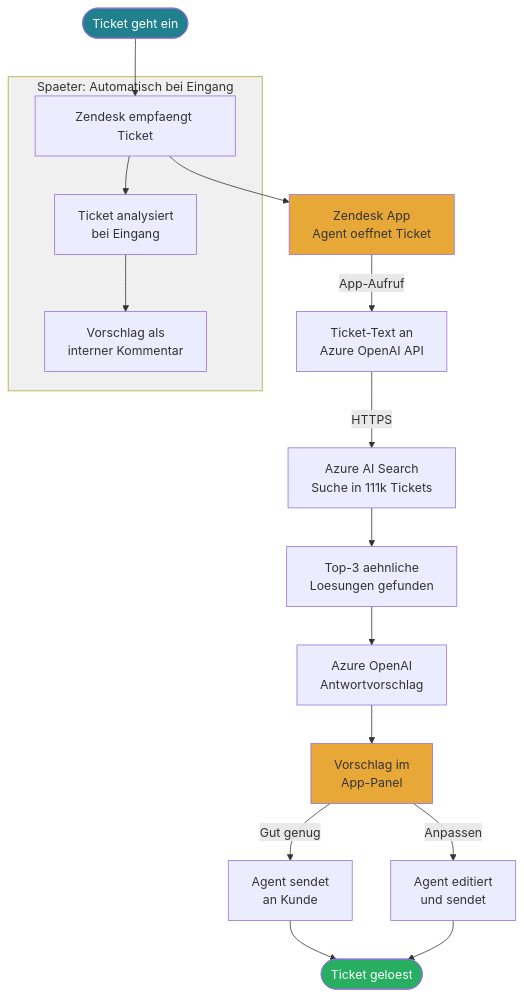
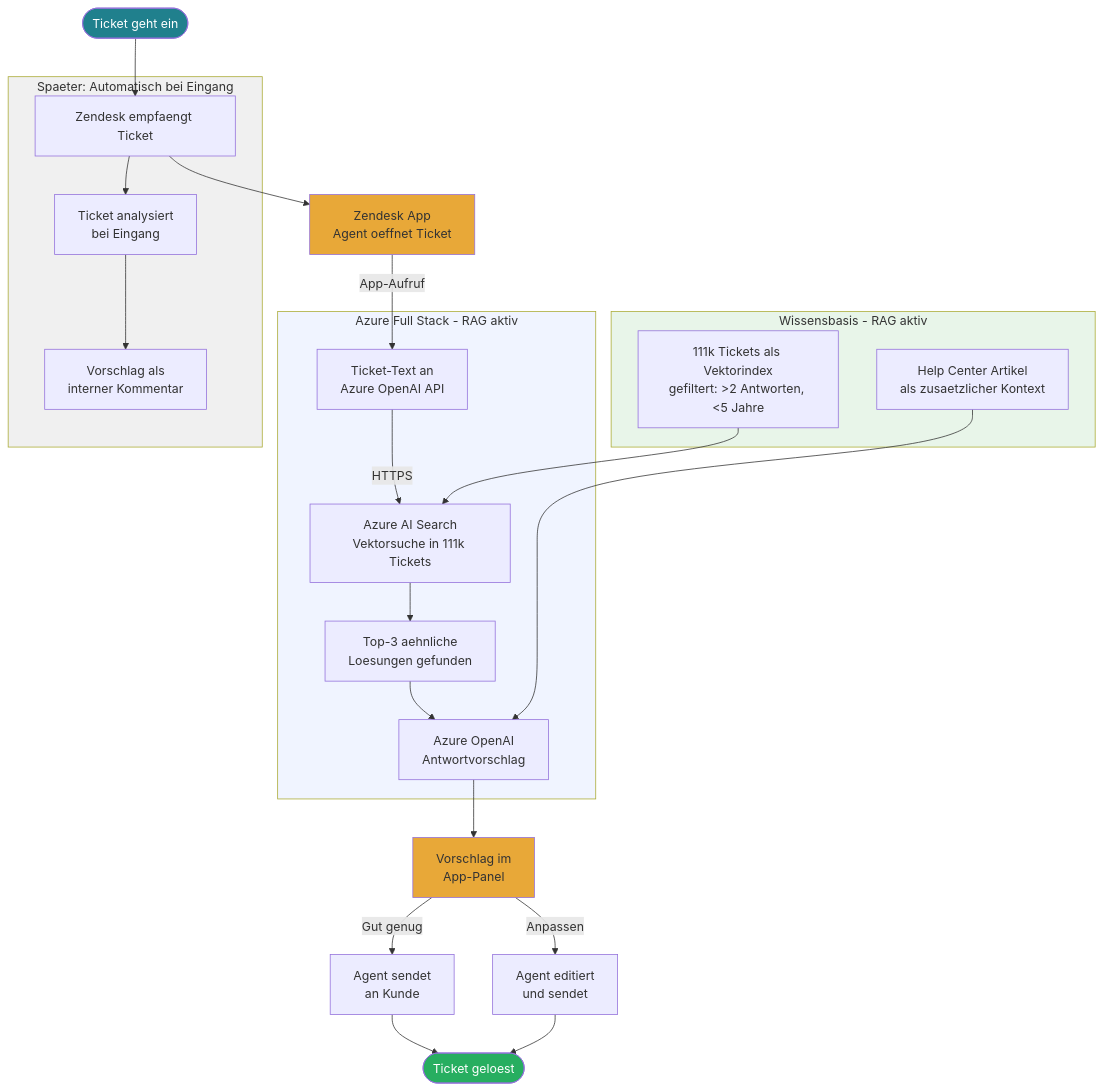
One commit to tekknix/zendesk-ai changed the seventh of 16 diagrams in readme.md. Above: the diagram before and after it, drawn with Mermaid. The commit also changed other lines of this file, not shown here.

````diff
--- a/readme.md
+++ b/readme.md
@@ -190,25 +213,39 @@
 ```mermaid
 flowchart TD
     A([Ticket geht ein]) --> B[Zendesk empfaengt Ticket]
     B --> C[Zendesk App<br>Agent oeffnet Ticket]
     C -->|App-Aufruf| D[Ticket-Text an<br>Azure OpenAI API]
-    D -->|HTTPS| E[Azure AI Search<br>Suche in 111k Tickets]
+    D -->|HTTPS| E[Azure AI Search<br>Vektorsuche in 111k Tickets]
     E --> F[Top-3 aehnliche<br>Loesungen gefunden]
     F --> G[Azure OpenAI<br>Antwortvorschlag]
     G --> H[Vorschlag im<br>App-Panel]
     H -->|Gut genug| I[Agent sendet<br>an Kunde]
     H -->|Anpassen| K[Agent editiert<br>und sendet]
     I --> L([Ticket geloest])
     K --> L
+
+    subgraph AZURE_FULL [Azure Full Stack - RAG aktiv]
+        D
+        E
+        F
+        G
+    end
+
+    subgraph WISSEN [Wissensbasis - RAG aktiv]
+        Z1[111k Tickets als Vektorindex<br>gefiltert: >2 Antworten, <5 Jahre] --> E
+        Z2[Help Center Artikel<br>als zusaetzlicher Kontext] --> G
+    end
 
     subgraph PHASE2 [Spaeter: Automatisch bei Eingang]
         B --> M[Ticket analysiert<br>bei Eingang]
         M --> N[Vorschlag als<br>interner Kommentar]
     end
 
     style A fill:#20808D,color:#fff
     style C fill:#E8A838,color:#333
     style H fill:#E8A838,color:#333
     style L fill:#27AE60,color:#fff
+    style AZURE_FULL fill:#f0f4ff,color:#333
+    style WISSEN fill:#e8f5e9,color:#333
     style PHASE2 fill:#f0f0f0,color:#333
 ```
````
